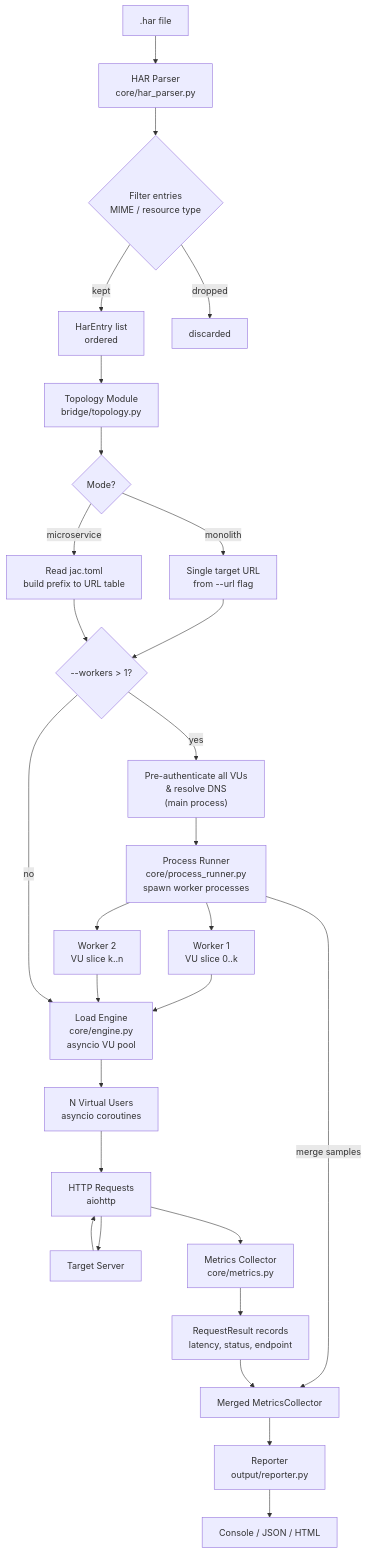
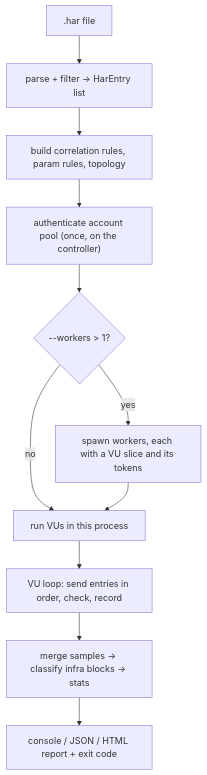
One commit to jaseci-labs/jac-load-test changed the diagram in jac_loadtest_cli/docs/ARCHITECTURE.md. Above: the diagram before and after it, drawn with Mermaid. The commit also changed other lines of this file and 12 other files, not shown here.

First line of the commit message:
docs: compact the docs and split the roadmap into CLI and web

````diff
--- a/jac_loadtest_cli/docs/ARCHITECTURE.md
+++ b/jac_loadtest_cli/docs/ARCHITECTURE.md
@@ -484,36 +42,13 @@
 ```mermaid
 flowchart TD
-    A[".har file"] --> B["HAR Parser\ncore/har_parser.py"]
-    B --> C{"Filter entries\nMIME / resource type"}
-    C -->|kept| D["HarEntry list\nordered"]
-    C -->|dropped| Z1["discarded"]
-
-    D --> E["Topology Module\nbridge/topology.py"]
-    E --> F{"Mode?"}
-    F -->|monolith| G["Single target URL\nfrom --url flag"]
-    F -->|microservice| H["Read jac.toml\nbuild prefix to URL table"]
-
-    G --> W{"--workers > 1?"}
-    H --> W
-
-    W -->|yes| PA["Pre-authenticate all VUs\n& resolve DNS\n(main process)"]
-    PA --> PR["Process Runner\ncore/process_runner.py\nspawn worker processes"]
-    PR --> WP1["Worker 1\nVU slice 0..k"]
-    PR --> WP2["Worker 2\nVU slice k..n"]
-    WP1 --> I["Load Engine\ncore/engine.py\nasyncio VU pool"]
-    WP2 --> I
-
-    W -->|no| I
-
-    I --> L["N Virtual Users\nasyncio coroutines"]
-    L --> M["HTTP Requests\naiohttp"]
-    M --> N["Target Server"]
-    N --> M
-
-    M --> O["Metrics Collector\ncore/metrics.py"]
-    O --> P["RequestResult records\nlatency, status, endpoint"]
-    PR -->|merge samples| MG["Merged MetricsCollector"]
-    P --> MG
-    MG --> Q["Reporter\noutput/reporter.py"]
-    Q --> R["Console / JSON / HTML"]
+    A[".har file"] --> B["parse + filter → HarEntry list"]
+    B --> C["build correlation rules, param rules, topology"]
+    C --> D["authenticate account pool (once, on the controller)"]
+    D --> E{"--workers > 1?"}
+    E -->|yes| F["spawn workers, each with a VU slice and its tokens"]
+    E -->|no| G["run VUs in this process"]
+    F --> G
+    G --> H["VU loop: send entries in order, check, record"]
+    H --> I["merge samples → classify infra blocks → stats"]
+    I --> J["console / JSON / HTML report + exit code"]
 ```
````
